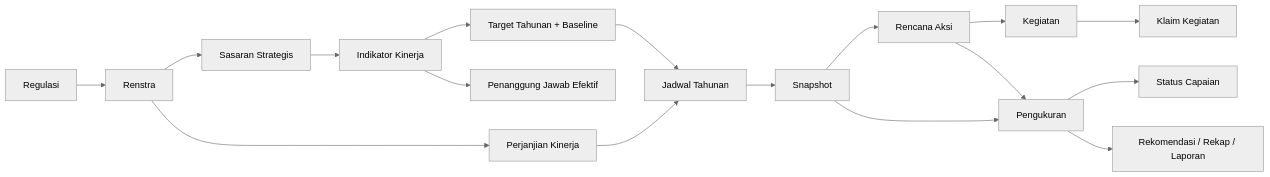
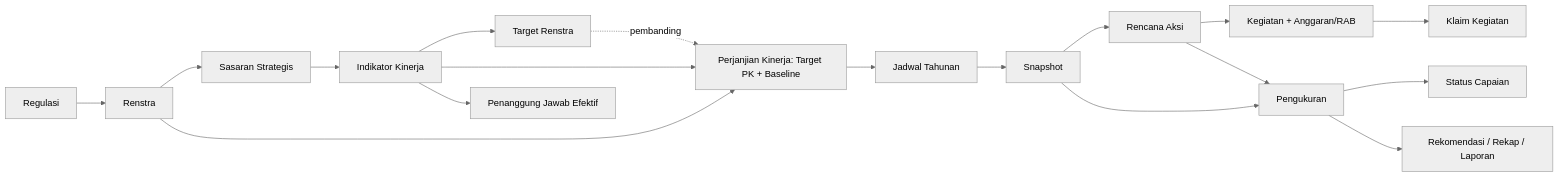
The fifth of 8 diagrams in document/SAKIP - System Architecture.md (LLDIKTI-XVI-TEAM/SAKIP), drawn with Mermaid (neutral theme) before and after one commit. The commit also changed other lines of this file and 4 other files, not shown here.

````diff
--- a/document/SAKIP - System Architecture.md
+++ b/document/SAKIP - System Architecture.md
@@ -344,19 +344,20 @@
 ```mermaid
 flowchart LR
     REG[Regulasi] --> REN[Renstra]
     REN --> SAS[Sasaran Strategis]
     SAS --> IND[Indikator Kinerja]
-    IND --> TAR[Target Tahunan + Baseline]
-    REN --> PK[Perjanjian Kinerja]
-    TAR --> JAD[Jadwal Tahunan]
-    PK --> JAD
+    IND --> TR[Target Renstra]
+    REN --> PK[Perjanjian Kinerja: Target PK + Baseline]
+    IND --> PK
+    TR -. pembanding .-> PK
+    PK --> JAD[Jadwal Tahunan]
     JAD --> SNAP[Snapshot]
     IND --> PJ[Penanggung Jawab Efektif]
     SNAP --> RA[Rencana Aksi]
-    RA --> KEG[Kegiatan]
+    RA --> KEG[Kegiatan + Anggaran/RAB]
     KEG --> KLAIM[Klaim Kegiatan]
     SNAP --> UKUR[Pengukuran]
     RA --> UKUR
     UKUR --> CAP[Status Capaian]
     UKUR --> REC[Rekomendasi / Rekap / Laporan]
 ```
````
